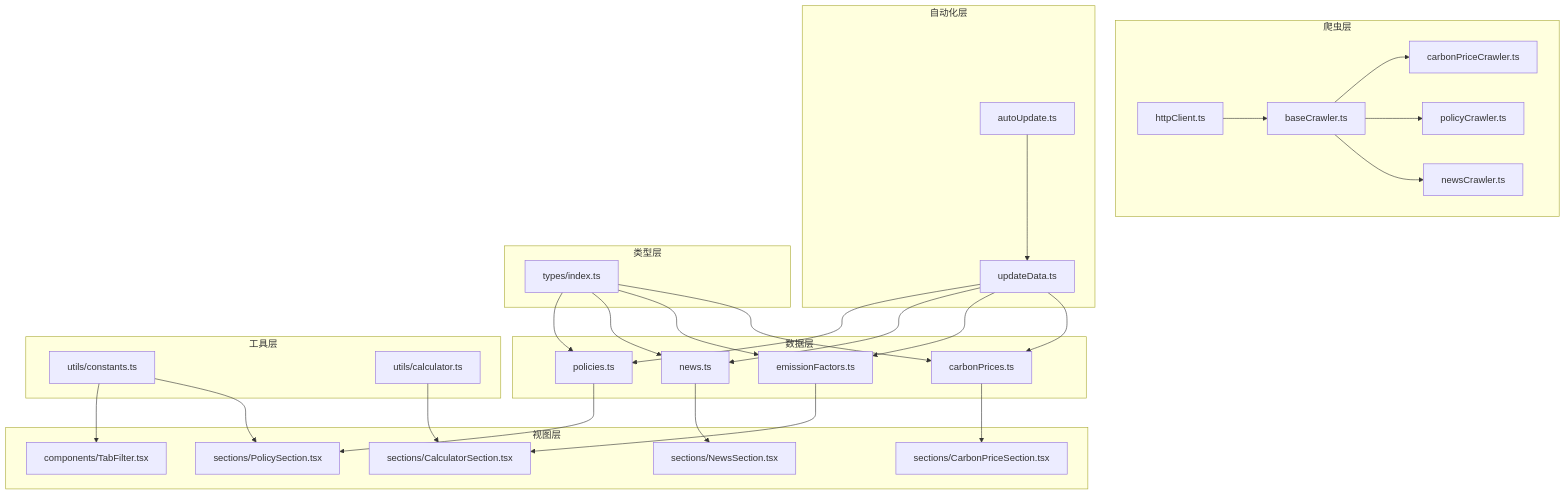
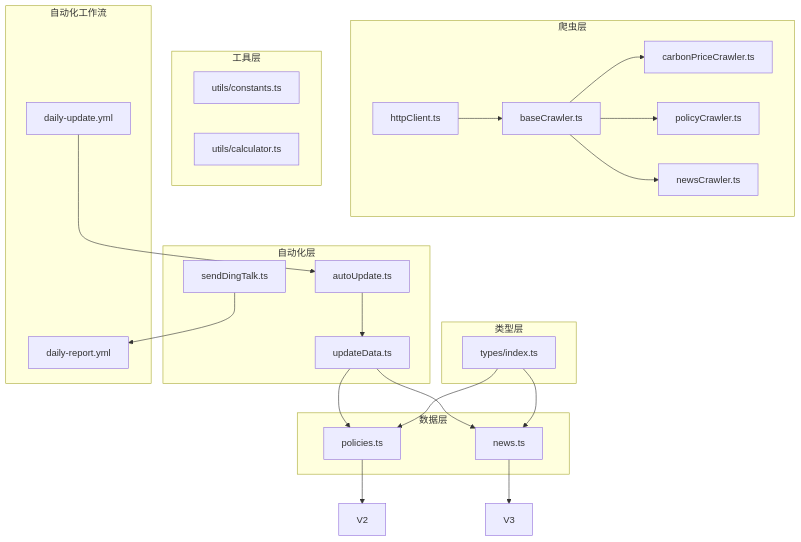
Before and after one commit to liangxuanliang-cmd/carbon-info-agent: the first of 6 diagrams in .qoder/repowiki/zh/content/数据管理/数据管理.md, drawn with Mermaid. The commit also changed other lines of this file and 7 other files, not shown here.

````diff
--- a/.qoder/repowiki/zh/content/数据管理/数据管理.md
+++ b/.qoder/repowiki/zh/content/数据管理/数据管理.md
@@ -62,54 +54,43 @@
 ```mermaid
 graph TB
 subgraph "爬虫层"
 C1["baseCrawler.ts"]
 C2["carbonPriceCrawler.ts"]
 C3["policyCrawler.ts"]
 C4["newsCrawler.ts"]
 U1["httpClient.ts"]
 end
 subgraph "自动化层"
 A1["autoUpdate.ts"]
 A2["updateData.ts"]
+A3["sendDingTalk.ts"]
 end
 subgraph "数据层"
-D1["carbonPrices.ts"]
-D2["emissionFactors.ts"]
-D3["news.ts"]
-D4["policies.ts"]
+D1["policies.ts"]
+D2["news.ts"]
 end
 subgraph "类型层"
 T1["types/index.ts"]
 end
 subgraph "工具层"
 U2["utils/constants.ts"]
 U3["utils/calculator.ts"]
 end
-subgraph "视图层"
-V1["sections/CarbonPriceSection.tsx"]
-V2["sections/PolicySection.tsx"]
-V3["sections/NewsSection.tsx"]
-V4["sections/CalculatorSection.tsx"]
-V5["components/TabFilter.tsx"]
+subgraph "自动化工作流"
+W1["daily-update.yml"]
+W2["daily-report.yml"]
 end
 C1 --> C2
 C1 --> C3
 C1 --> C4
 U1 --> C1
 A1 --> A2
 A2 --> D1
 A2 --> D2
-A2 --> D3
-A2 --> D4
-D1 --> V1
-D2 --> V4
-D3 --> V3
-D4 --> V2
+A3 --> W2
+W1 --> A1
+D1 --> V2
+D2 --> V3
 T1 --> D1
 T1 --> D2
-T1 --> D3
-T1 --> D4
-U2 --> V2
-U2 --> V5
-U3 --> V4
 ```
````
